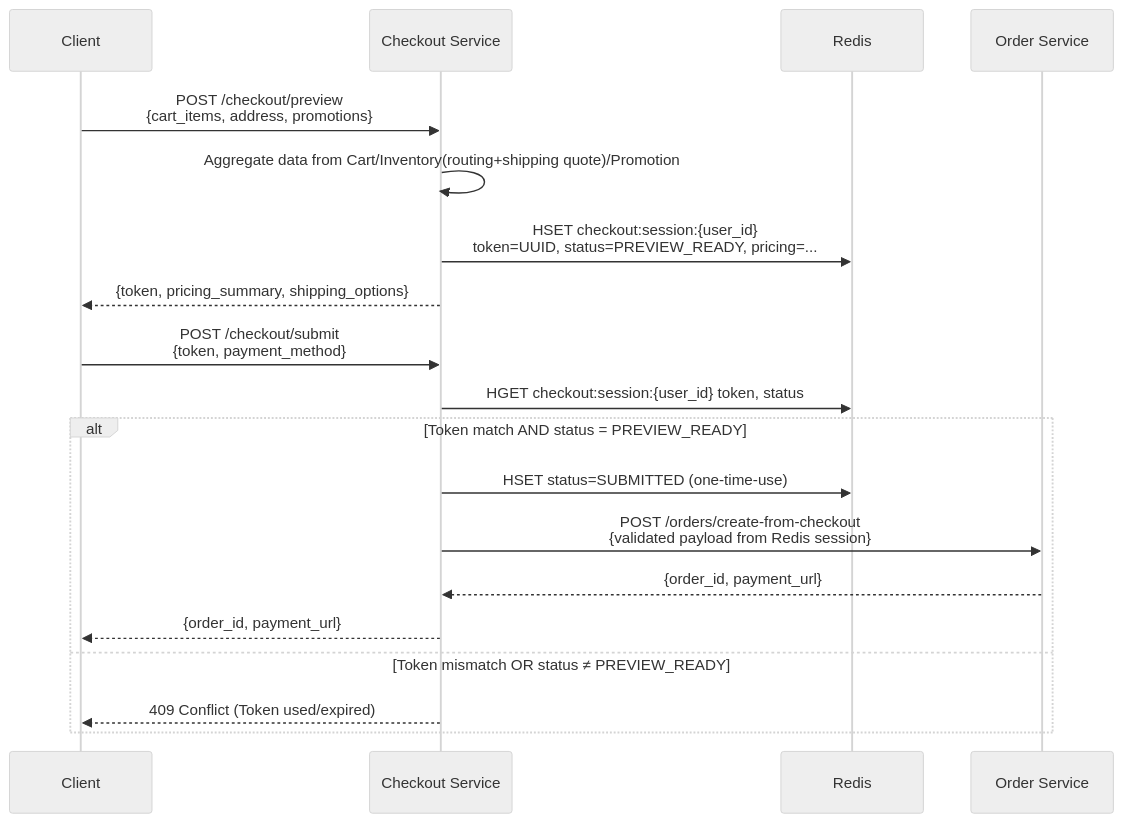
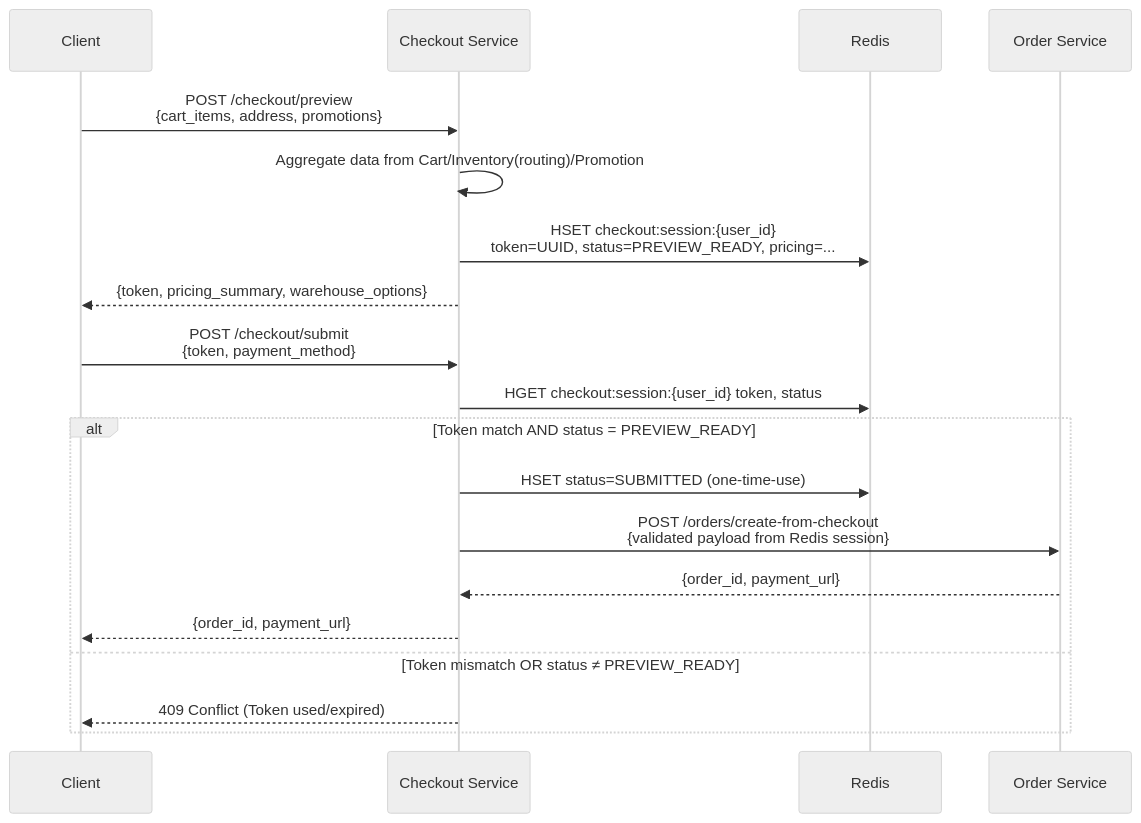
One commit to quangdung2110/e-commerce-microservices changed the diagram in docs/checkout/checkout_idempotency.md. Above: the diagram before and after it, drawn with Mermaid (neutral theme). The commit also changed other lines of this file and 38 other files, not shown here.

````diff
--- a/docs/checkout/checkout_idempotency.md
+++ b/docs/checkout/checkout_idempotency.md
@@ -22,23 +22,23 @@
 ```mermaid
 sequenceDiagram
     participant Client
     participant CS as Checkout Service
     participant Redis
     participant OS as Order Service
 
     Client->>CS: POST /checkout/preview<br>{cart_items, address, promotions}
-    CS->>CS: Aggregate data from Cart/Inventory(routing+shipping quote)/Promotion
+    CS->>CS: Aggregate data from Cart/Inventory(routing)/Promotion
     CS->>Redis: HSET checkout:session:{user_id}<br>token=UUID, status=PREVIEW_READY, pricing=...
-    CS-->>Client: {token, pricing_summary, shipping_options}
+    CS-->>Client: {token, pricing_summary, warehouse_options}
 
     Client->>CS: POST /checkout/submit<br>{token, payment_method}
     CS->>Redis: HGET checkout:session:{user_id} token, status
     alt Token match AND status = PREVIEW_READY
         CS->>Redis: HSET status=SUBMITTED (one-time-use)
         CS->>OS: POST /orders/create-from-checkout<br>{validated payload from Redis session}
         OS-->>CS: {order_id, payment_url}
         CS-->>Client: {order_id, payment_url}
     else Token mismatch OR status ≠ PREVIEW_READY
         CS-->>Client: 409 Conflict (Token used/expired)
     end
 ```
````
